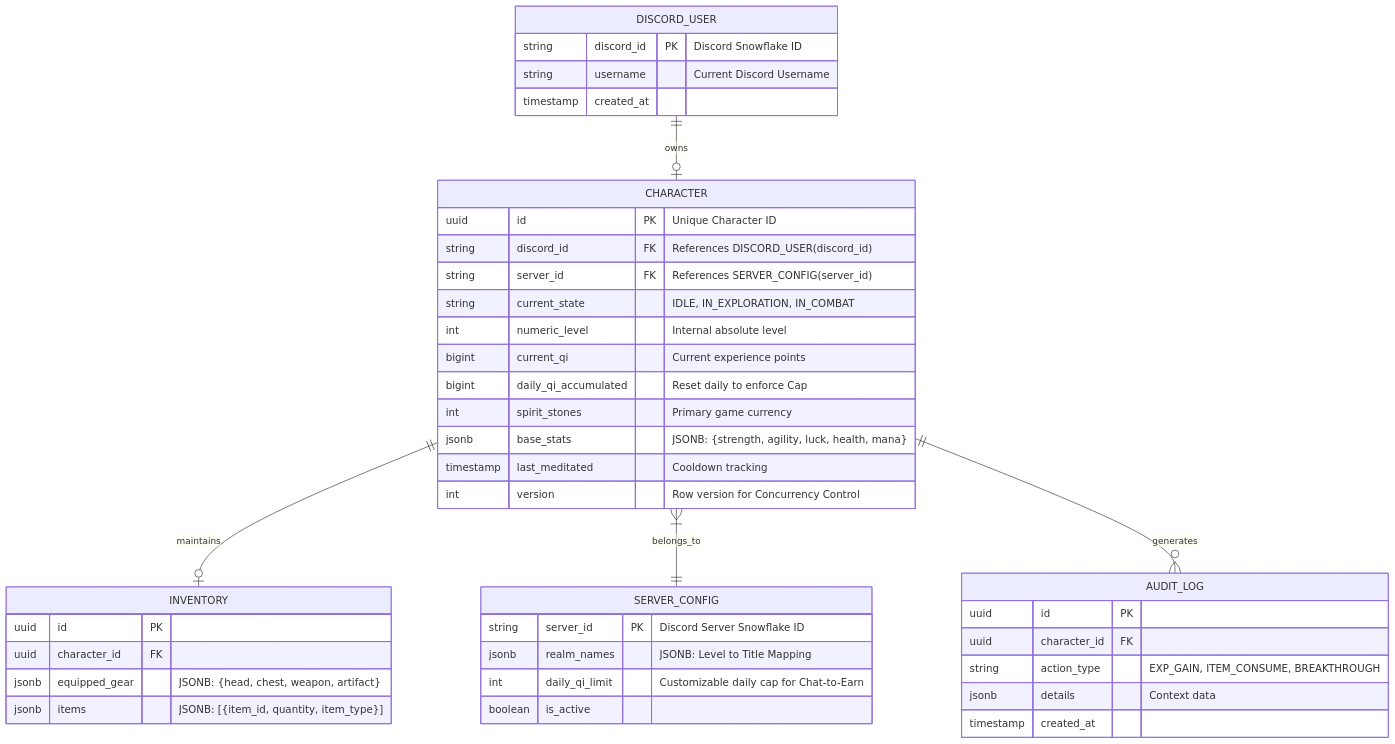
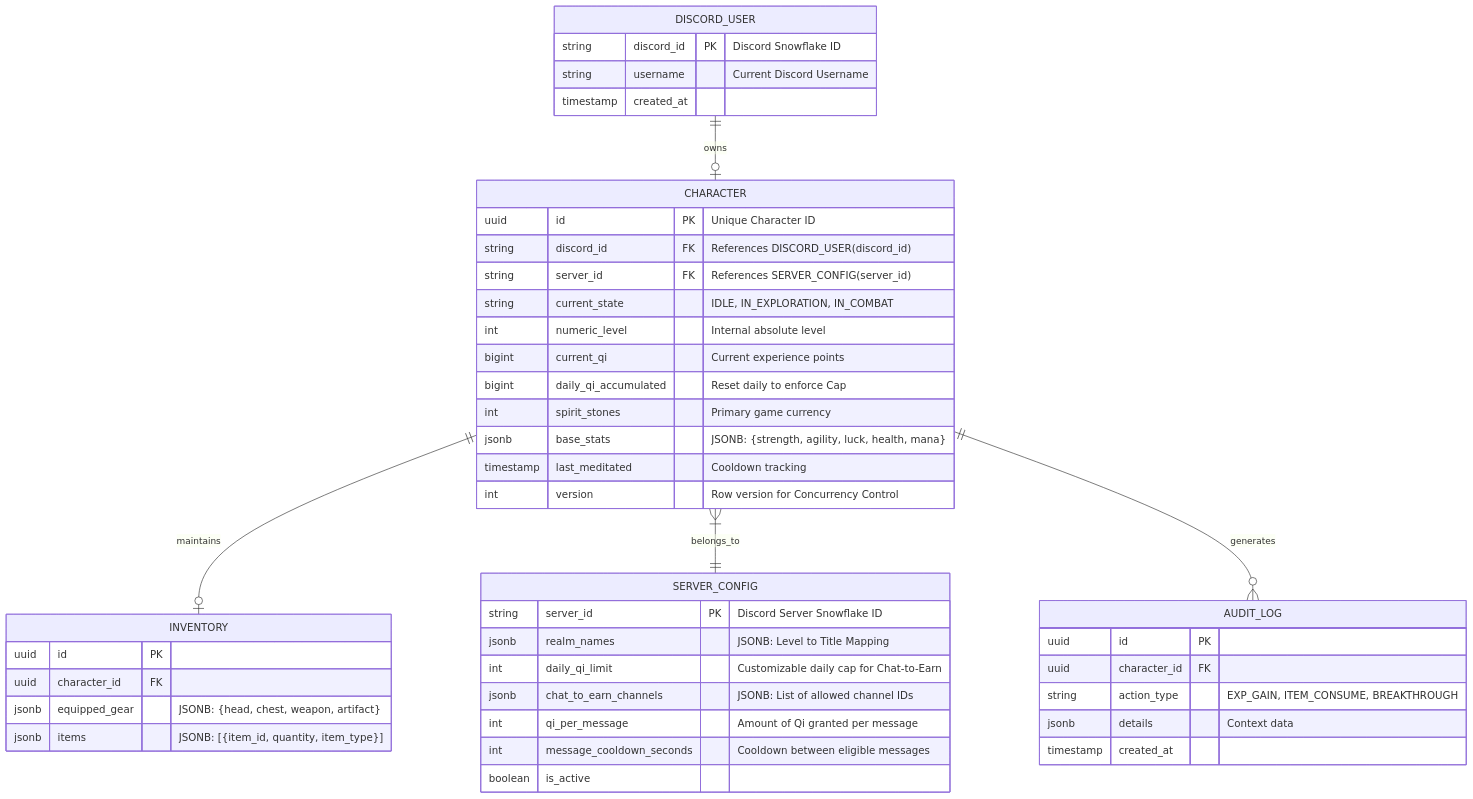
One commit to haidinhtran/thienkhu changed the diagram in docs/database_schema.md. Above: the diagram before and after it, drawn with Mermaid. The commit also changed 16 other files, not shown here.

Commit message:
feat: implement Chat-to-Earn system with Discord message tracking and backend integration

````diff
--- a/docs/database_schema.md
+++ b/docs/database_schema.md
@@ -7,49 +7,52 @@
 ```mermaid
 erDiagram
     DISCORD_USER ||--o| CHARACTER : owns
     CHARACTER ||--o| INVENTORY : maintains
     CHARACTER }|--|| SERVER_CONFIG : belongs_to
     CHARACTER ||--o{ AUDIT_LOG : generates
 
     DISCORD_USER {
         string discord_id PK "Discord Snowflake ID"
         string username "Current Discord Username"
         timestamp created_at
     }
 
     CHARACTER {
         uuid id PK "Unique Character ID"
         string discord_id FK "References DISCORD_USER(discord_id)"
         string server_id FK "References SERVER_CONFIG(server_id)"
         string current_state "IDLE, IN_EXPLORATION, IN_COMBAT"
         int numeric_level "Internal absolute level"
         bigint current_qi "Current experience points"
         bigint daily_qi_accumulated "Reset daily to enforce Cap"
         int spirit_stones "Primary game currency"
         jsonb base_stats "JSONB: {strength, agility, luck, health, mana}"
         timestamp last_meditated "Cooldown tracking"
         int version "Row version for Concurrency Control"
     }
 
     INVENTORY {
         uuid id PK
         uuid character_id FK
         jsonb equipped_gear "JSONB: {head, chest, weapon, artifact}"
         jsonb items "JSONB: [{item_id, quantity, item_type}]"
     }
 
     SERVER_CONFIG {
         string server_id PK "Discord Server Snowflake ID"
         jsonb realm_names "JSONB: Level to Title Mapping"
         int daily_qi_limit "Customizable daily cap for Chat-to-Earn"
+        jsonb chat_to_earn_channels "JSONB: List of allowed channel IDs"
+        int qi_per_message "Amount of Qi granted per message"
+        int message_cooldown_seconds "Cooldown between eligible messages"
         boolean is_active
     }
 
     AUDIT_LOG {
         uuid id PK
         uuid character_id FK
         string action_type "EXP_GAIN, ITEM_CONSUME, BREAKTHROUGH"
         jsonb details "Context data"
         timestamp created_at
     }
 ```
````
